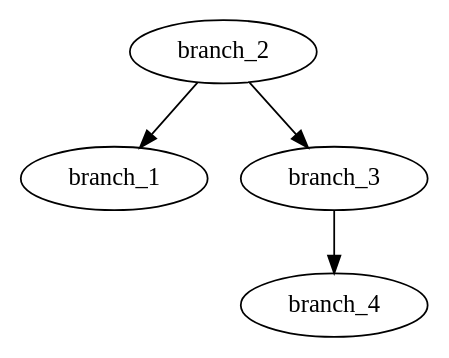
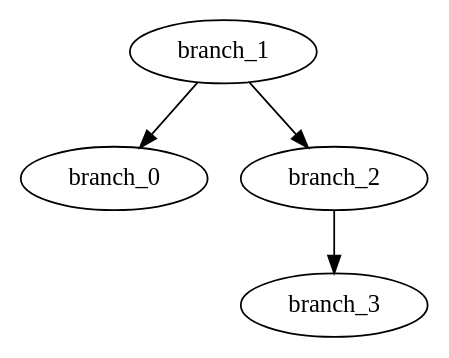
Before and after one commit to DiegoCali/EDD_PROYECTO_202201128: the diagram in Fase 3/outputs/branch_avl.dot, drawn with Graphviz. The commit also changed 9 other files, not shown here.

Commit message:
Graph data added, timestamp test, block chain class added

```diff
--- a/Fase 3/outputs/branch_avl.dot
+++ b/Fase 3/outputs/branch_avl.dot
@@ -1,9 +1,9 @@
 digraph branch_avl {
+node_1[label="branch_1"];
+node_1 -> node_0;
+node_1 -> node_2;
+node_0[label="branch_0"];
 node_2[label="branch_2"];
-node_2 -> node_1;
 node_2 -> node_3;
-node_1[label="branch_1"];
 node_3[label="branch_3"];
-node_3 -> node_4;
-node_4[label="branch_4"];
 }
```
